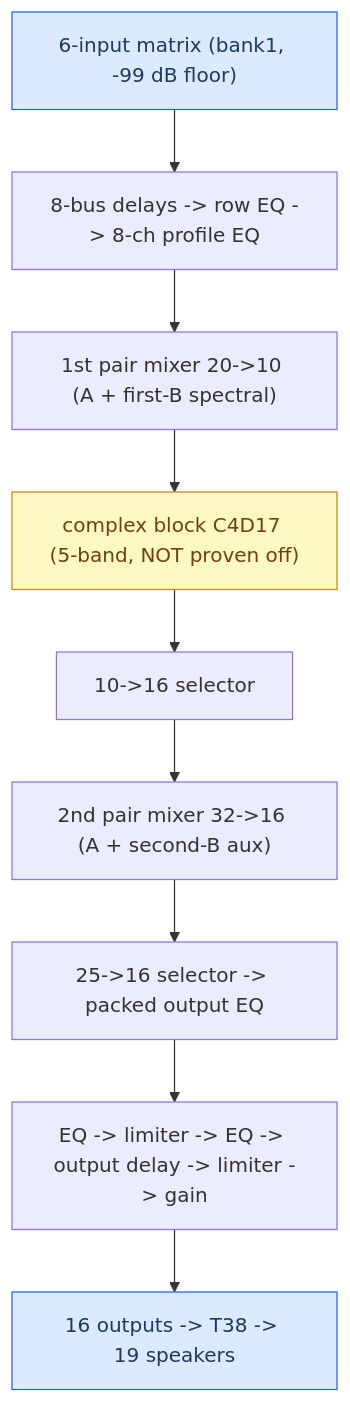
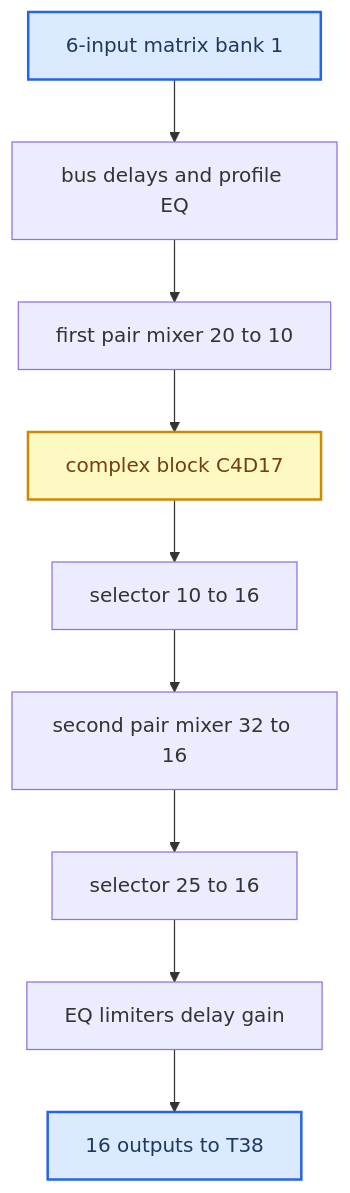
Before and after one commit to luka-dev/mib2q-carplay-rgi: the second of 2 diagrams in docs-obsidian/Audio/Virtual Cabin and Amp RE.md, drawn with Mermaid. The commit also changed other lines of this file and 43 other files, not shown here.

````diff
--- a/docs-obsidian/Audio/Virtual Cabin and Amp RE.md
+++ b/docs-obsidian/Audio/Virtual Cabin and Amp RE.md
@@ -89,19 +90,19 @@
 ```mermaid
 flowchart TB
   accTitle: SHARC 79-entry DSP schedule
   accDescr: The six-input matrix feeds delays, EQ, two pair mixers with B processors and a complex block, selectors, output EQ, limiters and gain to sixteen outputs.
-  mtx["6-input matrix (bank1, -99 dB floor)"]
-  del["8-bus delays -> row EQ -> 8-ch profile EQ"]
-  mix1["1st pair mixer 20->10 (A + first-B spectral)"]
-  cplx["complex block C4D17 (5-band, NOT proven off)"]
-  sel1["10->16 selector"]
-  mix2["2nd pair mixer 32->16 (A + second-B aux)"]
-  sel2["25->16 selector -> packed output EQ"]
-  lim["EQ -> limiter -> EQ -> output delay -> limiter -> gain"]
-  outp["16 outputs -> T38 -> 19 speakers"]
-  mtx --> del --> mix1 --> cplx --> sel1 --> mix2 --> sel2 --> lim --> outp
-  class mtx,outp primary
-  class cplx warning
-  classDef primary fill:#dbeafe,stroke:#2563eb,color:#1e3a5f
-  classDef warning fill:#fef9c3,stroke:#ca8a04,color:#713f12
+  input_matrix["6-input matrix bank 1"]
+  bus_delay_eq["bus delays and profile EQ"]
+  pair_mixer_1["first pair mixer 20 to 10"]
+  complex_block["complex block C4D17"]
+  selector_10_16["selector 10 to 16"]
+  pair_mixer_2["second pair mixer 32 to 16"]
+  selector_25_16["selector 25 to 16"]
+  limiter_chain["EQ limiters delay gain"]
+  outputs_16["16 outputs to T38"]
+  input_matrix --> bus_delay_eq --> pair_mixer_1 --> complex_block --> selector_10_16 --> pair_mixer_2 --> selector_25_16 --> limiter_chain --> outputs_16
+  classDef primary fill:#dbeafe,stroke:#2563eb,stroke-width:2px,color:#1e3a5f
+  classDef warning fill:#fef9c3,stroke:#ca8a04,stroke-width:2px,color:#713f12
+  class input_matrix,outputs_16 primary
+  class complex_block warning
 ```
````
